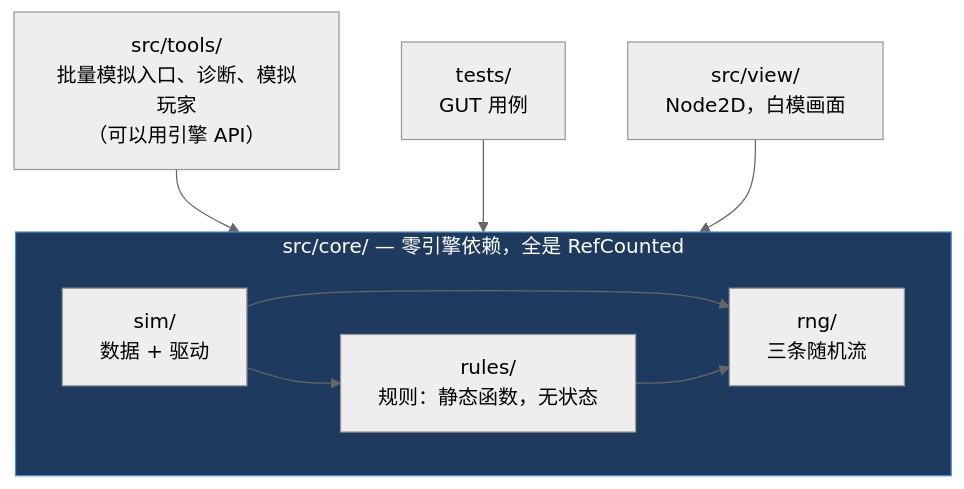
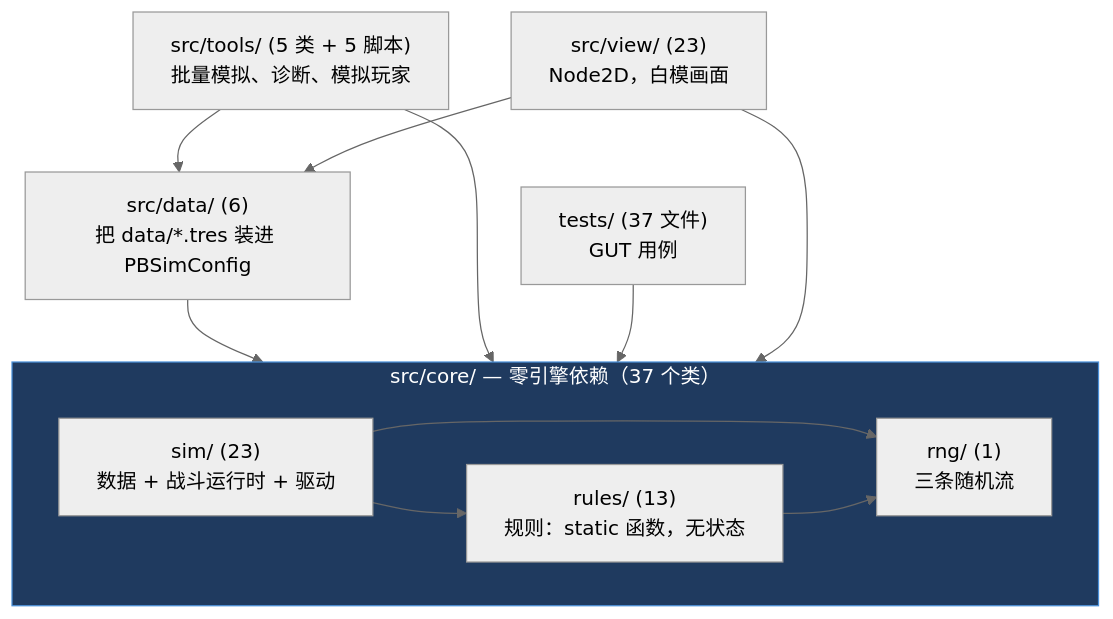
The first of 3 diagrams in Docs/代码导读.md (ShinyRuo/PixelBattle), drawn with Mermaid (neutral theme) before and after one commit. The commit also changed other lines of this file, not shown here.

````diff
--- a/Docs/代码导读.md
+++ b/Docs/代码导读.md
@@ -58,20 +60,24 @@
 ```mermaid
 flowchart TD
-    subgraph core["src/core/ — 零引擎依赖，全是 RefCounted"]
-        rules["rules/<br>规则：静态函数，无状态"]
-        sim["sim/<br>数据 + 驱动"]
-        rng["rng/<br>三条随机流"]
+    subgraph core["src/core/ — 零引擎依赖（37 个类）"]
+        rules["rules/ (13)<br>规则：static 函数，无状态"]
+        sim["sim/ (23)<br>数据 + 战斗运行时 + 驱动"]
+        rng["rng/ (1)<br>三条随机流"]
     end
-    tools["src/tools/<br>批量模拟入口、诊断、模拟玩家<br>（可以用引擎 API）"]
-    tests["tests/<br>GUT 用例"]
-    view["src/view/<br>Node2D，白模画面"]
+    data["src/data/ (6)<br>把 data/*.tres 装进 PBSimConfig"]
+    tools["src/tools/ (5 类 + 5 脚本)<br>批量模拟、诊断、模拟玩家"]
+    tests["tests/ (37 文件)<br>GUT 用例"]
+    view["src/view/ (23)<br>Node2D，白模画面"]
 
+    data --> core
     tools --> core
+    tools --> data
     tests --> core
     view --> core
+    view --> data
     sim --> rules
     sim --> rng
     rules --> rng
 
     style core fill:#1f3a5f,stroke:#4a90d9,color:#fff
 ```
````
